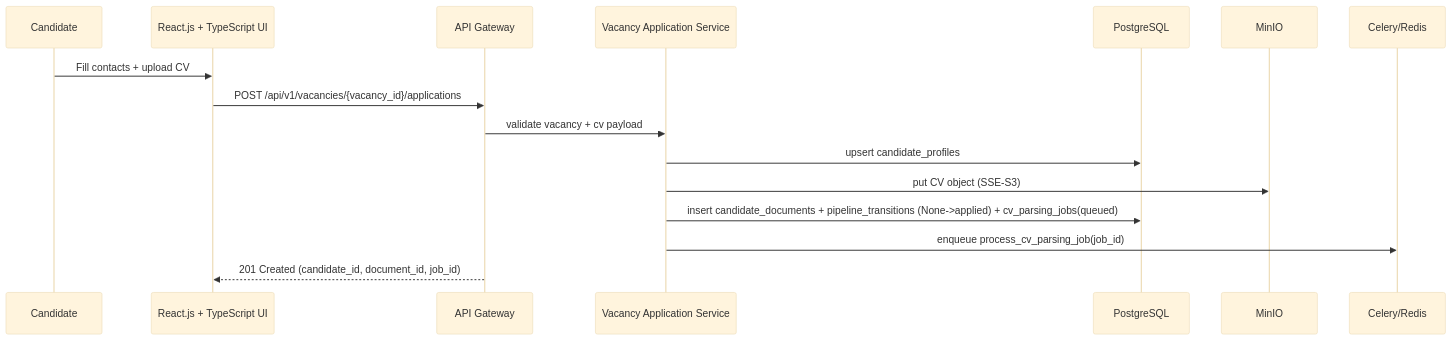
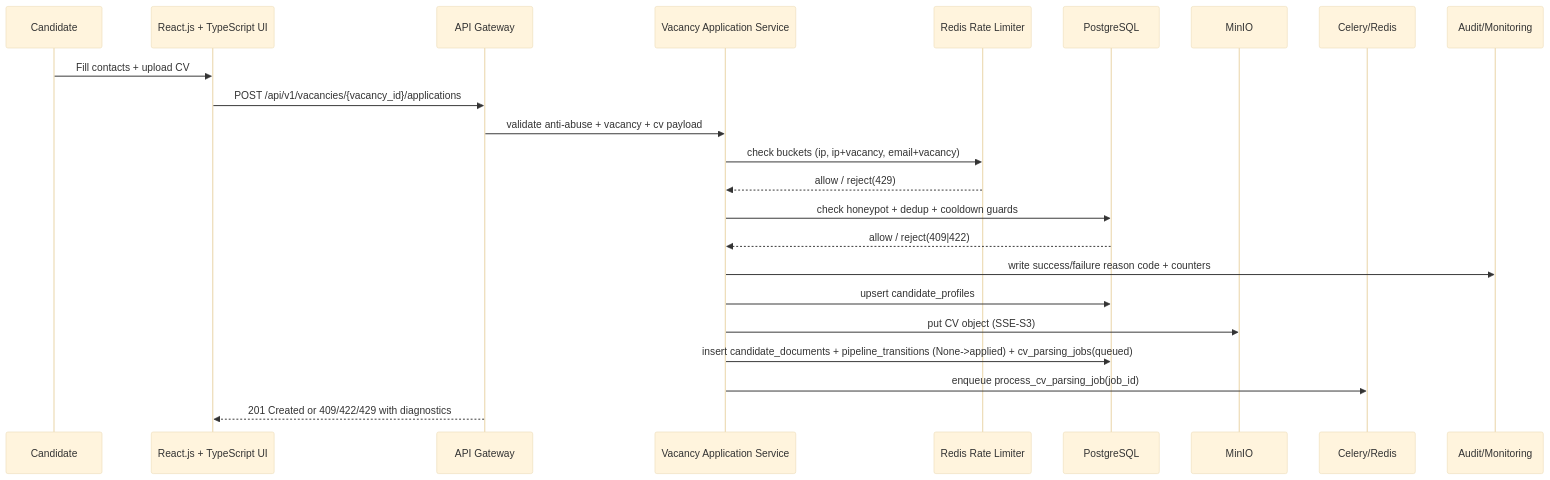
The seventh of 14 diagrams in docs/architecture/diagrams.md (RubiFoc/hrm), drawn with Mermaid (base theme) before and after one commit. The commit also changed other lines of this file and 23 other files, not shown here.

Commit message:
feat(vacancies): harden public apply with anti-abuse controls (#50)

````diff
--- a/docs/architecture/diagrams.md
+++ b/docs/architecture/diagrams.md
@@ -224,19 +224,26 @@
 ```mermaid
 sequenceDiagram
   participant C as Candidate
   participant UI as React.js + TypeScript UI
   participant API as API Gateway
   participant VAC as Vacancy Application Service
+  participant RL as Redis Rate Limiter
   participant DB as PostgreSQL
   participant OBJ as MinIO
   participant Q as Celery/Redis
+  participant AUD as Audit/Monitoring
 
   C->>UI: Fill contacts + upload CV
   UI->>API: POST /api/v1/vacancies/{vacancy_id}/applications
-  API->>VAC: validate vacancy + cv payload
+  API->>VAC: validate anti-abuse + vacancy + cv payload
+  VAC->>RL: check buckets (ip, ip+vacancy, email+vacancy)
+  RL-->>VAC: allow / reject(429)
+  VAC->>DB: check honeypot + dedup + cooldown guards
+  DB-->>VAC: allow / reject(409|422)
+  VAC->>AUD: write success/failure reason code + counters
   VAC->>DB: upsert candidate_profiles
   VAC->>OBJ: put CV object (SSE-S3)
   VAC->>DB: insert candidate_documents + pipeline_transitions (None->applied) + cv_parsing_jobs(queued)
   VAC->>Q: enqueue process_cv_parsing_job(job_id)
-  API-->>UI: 201 Created (candidate_id, document_id, job_id)
+  API-->>UI: 201 Created or 409/422/429 with diagnostics
 ```
````
